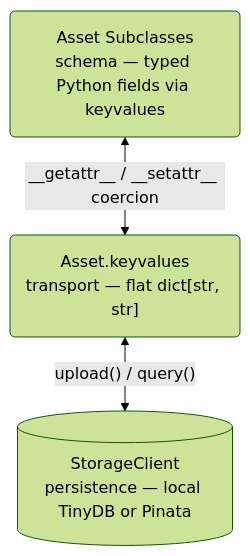
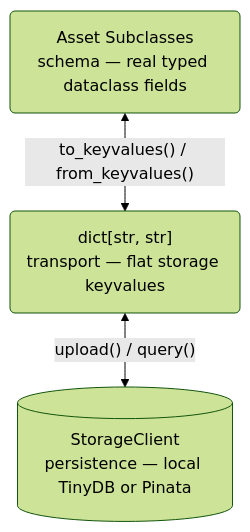
The diagram in docs/architecture/types.md (StargazerBio/stargazer), drawn with Mermaid (forest theme) before and after one commit. The commit also changed other lines of this file and 5 other files, not shown here.

````diff
--- a/docs/architecture/types.md
+++ b/docs/architecture/types.md
@@ -14,9 +14,9 @@
 ```mermaid
 flowchart TD
-    SC("Asset Subclasses\nschema — typed Python fields via keyvalues")
-    KV("Asset.keyvalues\ntransport — flat dict[str, str]")
+    SC("Asset Subclasses\nschema — real typed dataclass fields")
+    KV("dict[str, str]\ntransport — flat storage keyvalues")
     ST[("StorageClient\npersistence — local TinyDB or Pinata")]
 
-    SC <-->|"__getattr__ / __setattr__ coercion"| KV
+    SC <-->|"to_keyvalues() / from_keyvalues()"| KV
     KV <-->|"upload() / query()"| ST
 ```
````
